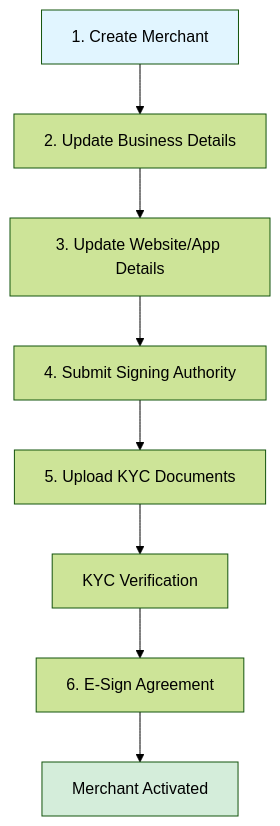
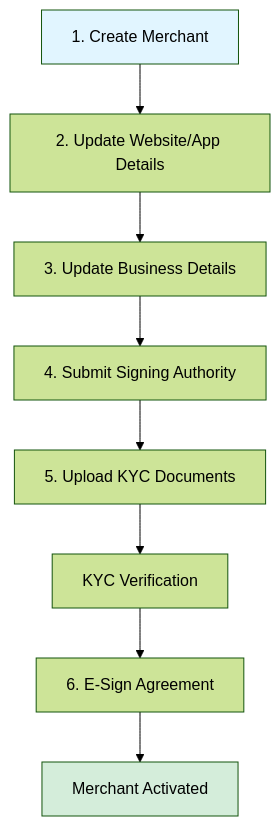
The diagram in docs/partners/internal-reviewpartner-integration-overview/quick-start-partner-integration.md (payu-india/CMS-Chatbot), drawn with Mermaid (forest theme) before and after one commit.

Commit message:
Update doc `quick-start-partner-integration`

````diff
--- a/docs/partners/internal-reviewpartner-integration-overview/quick-start-partner-integration.md
+++ b/docs/partners/internal-reviewpartner-integration-overview/quick-start-partner-integration.md
@@ -12,13 +12,13 @@
 ```mermaid
 flowchart TD
-    A[1. Create Merchant] --> B[2. Update Business Details]
-    B --> C[3. Update Website/App Details]
+    A[1. Create Merchant] --> B[2. Update Website/App Details]
+    B --> C[3. Update Business Details]
     C --> D[4. Submit Signing Authority]
     D --> E[5. Upload KYC Documents]
     E --> F[KYC Verification]
     F --> G[6. E-Sign Agreement]
     G --> H[Merchant Activated]
     
     style A fill:#e1f5ff
     style H fill:#d4edda
 ```
````
